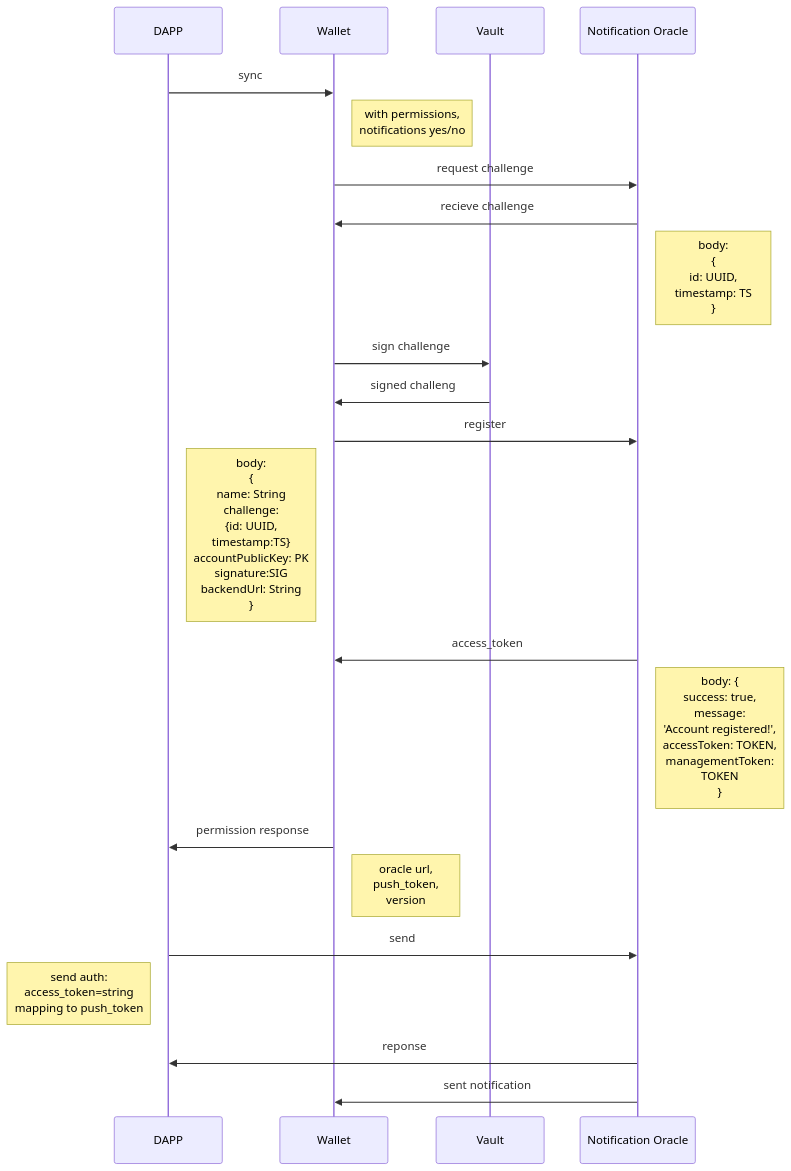
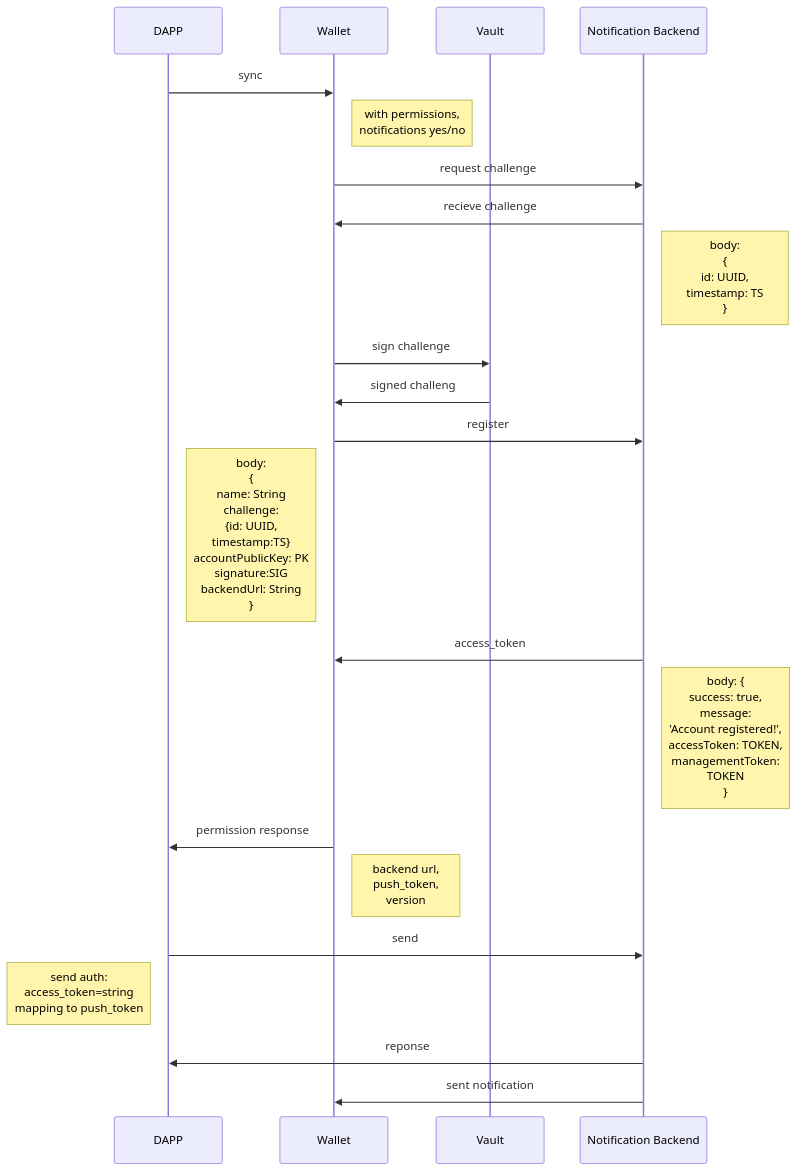
Before and after one commit to airgap-it/beacon-notification-backend: the diagram in flow.md, drawn with Mermaid. The commit also changed 7 other files, not shown here.

Commit message:
feat/rename-oracle-to-backend

````diff
--- a/flow.md
+++ b/flow.md
@@ -1,40 +1,40 @@
 ```mermaid
 sequenceDiagram
 participant DAPP
 participant Wallet
 participant Vault
-participant Notification Oracle
+participant Notification Backend
 
 DAPP->>Wallet: sync
 #Note right of Wallet: permissions asked #-> response contains all info)
 #Note right of Wallet: notifications yes/no
 
 Note right of Wallet: with permissions,<br/> notifications yes/no #<br/>-> response contains <br/>all info
-Wallet->>Notification Oracle: request challenge
-Notification Oracle->>Wallet: recieve challenge
+Wallet->>Notification Backend: request challenge
+Notification Backend->>Wallet: recieve challenge
 
-Note right of Notification Oracle: body: <br> { <br> id: UUID, <br> timestamp: TS <br>}
+Note right of Notification Backend: body: <br> { <br> id: UUID, <br> timestamp: TS <br>}
 
 Wallet ->> Vault: sign challenge
 Vault ->> Wallet: signed challeng
-Wallet->>Notification Oracle: register
+Wallet->>Notification Backend: register
 Note left of Wallet: body: <br> { <br> name: String <br> challenge:<br>{id: UUID, <br> timestamp:TS} <br> accountPublicKey: PK <br> signature:SIG <br> backendUrl: String<br> }
 
-# Note right of Notification Oracle: body: { }
-Notification Oracle ->> Wallet: access_token
-Note right of Notification Oracle: body: { <br> success: true, <br> message: <br>'Account registered!', <br> accessToken: TOKEN, <br> managementToken: <br> TOKEN <br>}
+# Note right of Notification Backend: body: { }
+Notification Backend ->> Wallet: access_token
+Note right of Notification Backend: body: { <br> success: true, <br> message: <br>'Account registered!', <br> accessToken: TOKEN, <br> managementToken: <br> TOKEN <br>}
 
-Wallet ->> DAPP: permission response #(incl. notification oracle url, push_token, version of oracle)
-Note right of Wallet: oracle url, <br/>push_token,<br/> version
+Wallet ->> DAPP: permission response #(incl. notification backend url, push_token, version of backend)
+Note right of Wallet: backend url, <br/>push_token,<br/> version
 
-DAPP ->> Notification Oracle: send #auth: access_token = random ID -> mapping to push_token (existing)
+DAPP ->> Notification Backend: send #auth: access_token = random ID -> mapping to push_token (existing)
 # Note left of DAPP: body: { }
 Note left of DAPP: send auth: <br>access_token=string<br> mapping to push_token
-Notification Oracle ->> DAPP: reponse
-# Note right of Notification Oracle: body: { }
+Notification Backend ->> DAPP: reponse
+# Note right of Notification Backend: body: { }
 
-Notification Oracle ->> Wallet: sent notification 
-# Note right of Notification Oracle: body: { }
+Notification Backend ->> Wallet: sent notification 
+# Note right of Notification Backend: body: { }
 
 
 ```
````
